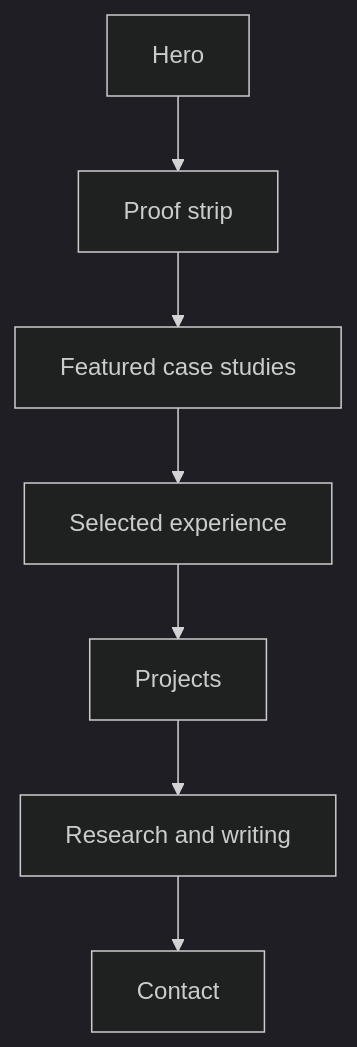
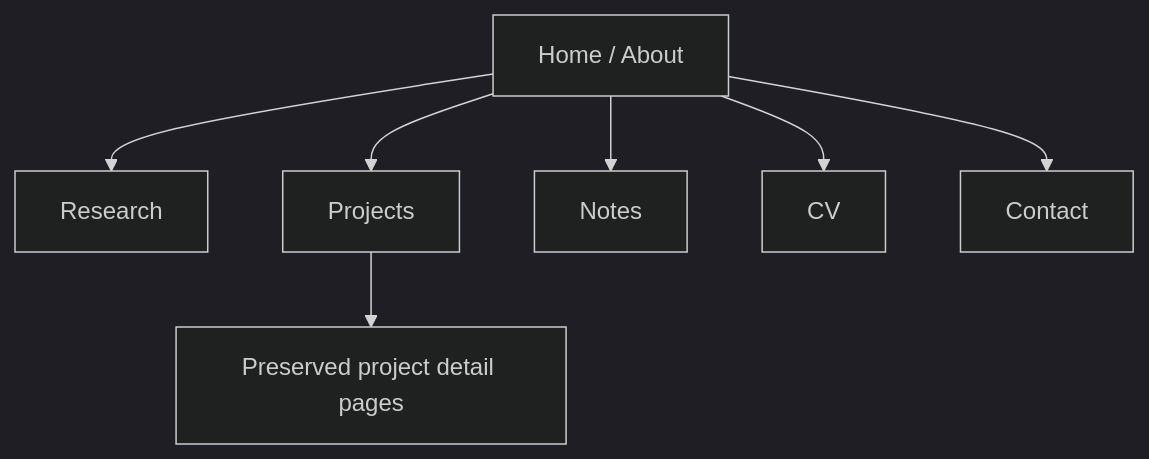
The diagram in README.md (fatimmajumder/fatimmajumder.github.io), drawn with Mermaid (dark theme) before and after one commit. The commit also changed other lines of this file and 16 other files, not shown here.

````diff
--- a/README.md
+++ b/README.md
@@ -37,9 +40,9 @@
 ```mermaid
 flowchart TD
-    A["Hero"] --> B["Proof strip"]
-    B --> C["Featured case studies"]
-    C --> D["Selected experience"]
-    D --> E["Projects"]
-    E --> F["Research and writing"]
-    F --> G["Contact"]
+    A["Home / About"] --> B["Research"]
+    A --> C["Projects"]
+    A --> D["Notes"]
+    A --> E["CV"]
+    A --> F["Contact"]
+    C --> G["Preserved project detail pages"]
 ```
````
